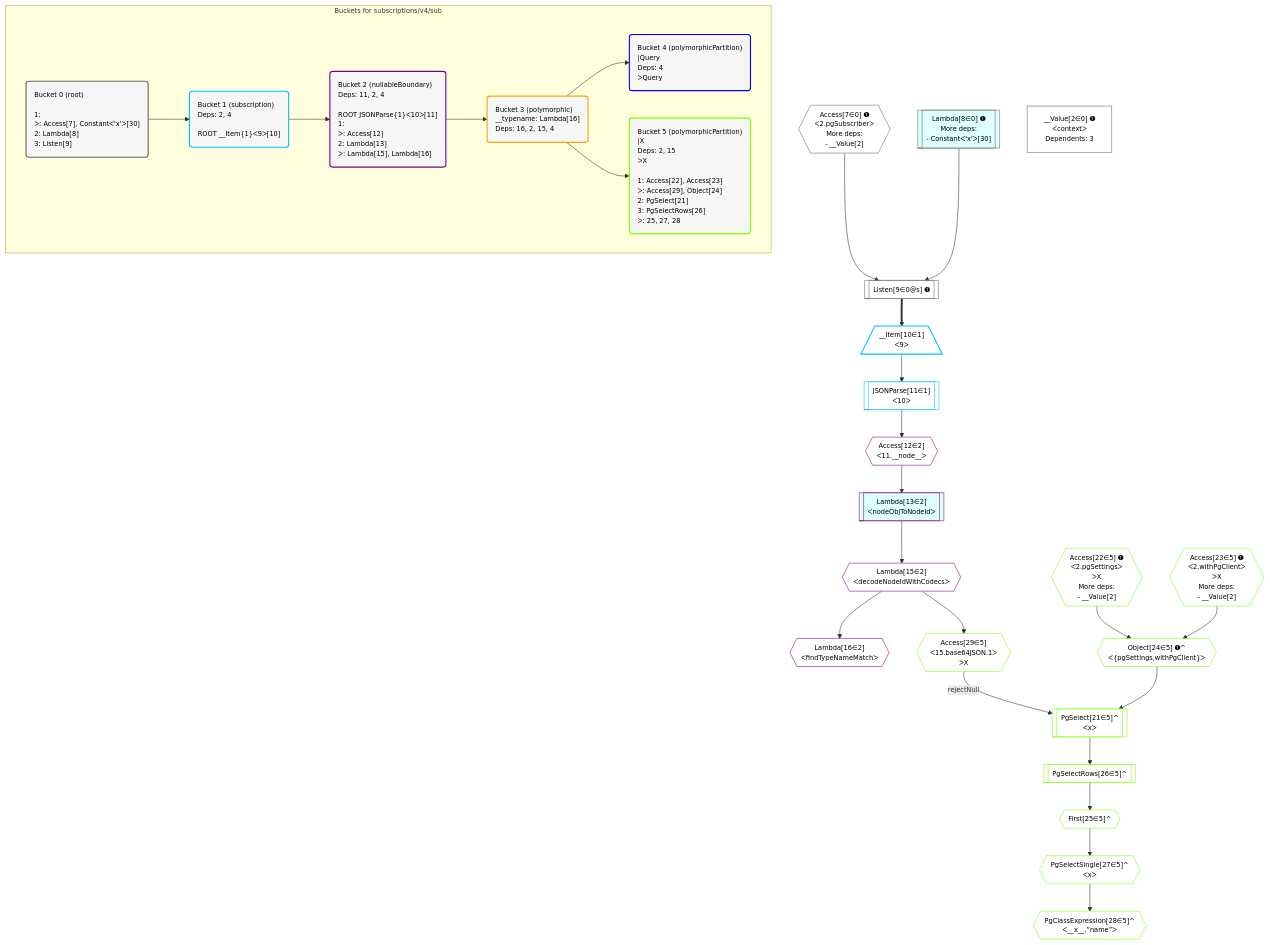
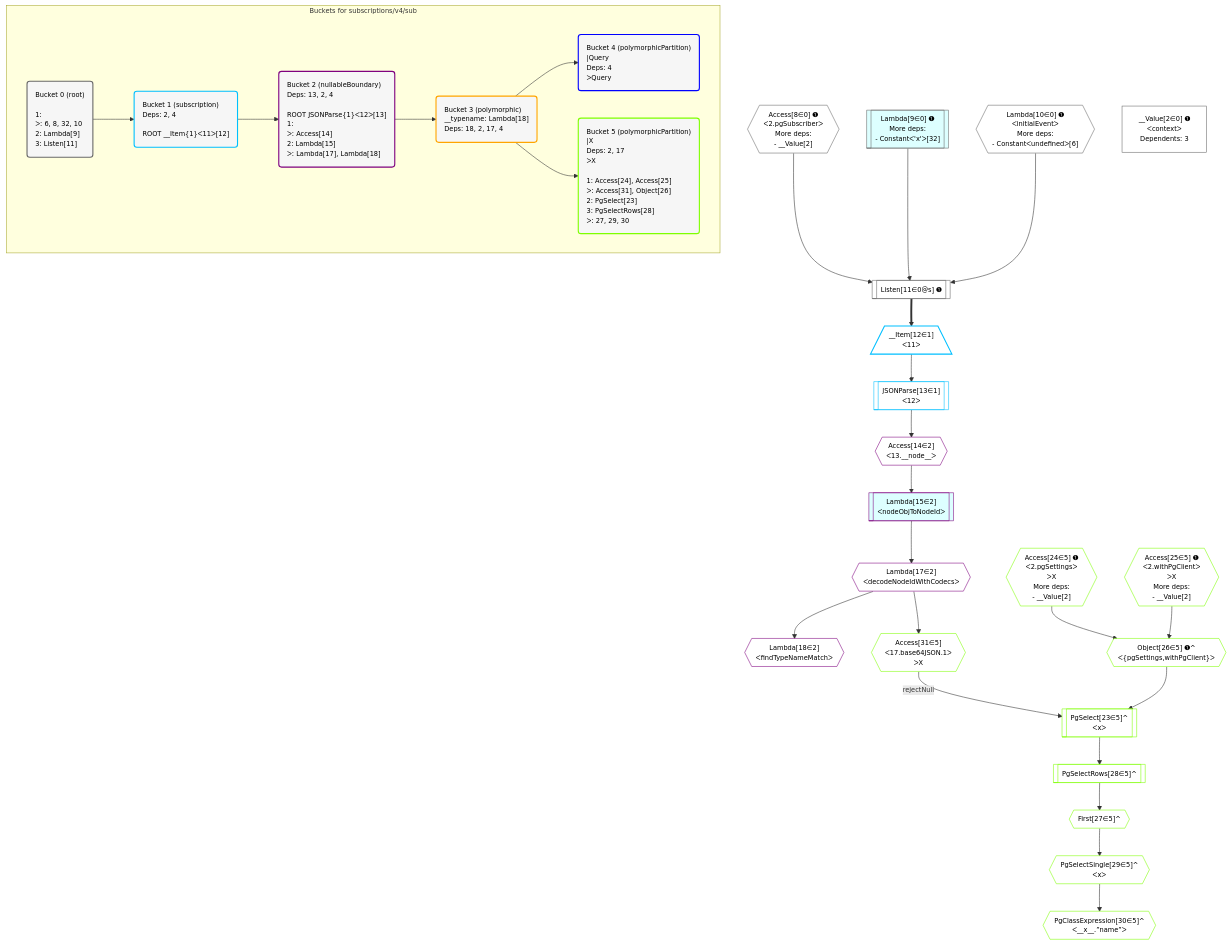
Before and after one commit to graphile/crystal: the diagram in postgraphile/postgraphile/__tests__/subscriptions/v4/sub.mermaid, drawn with Mermaid.

Commit message:
Update mermaid plan

```diff
--- a/postgraphile/postgraphile/__tests__/subscriptions/v4/sub.mermaid
+++ b/postgraphile/postgraphile/__tests__/subscriptions/v4/sub.mermaid
@@ -1,71 +1,72 @@
 %%{init: {'themeVariables': { 'fontSize': '12px'}}}%%
 graph TD
     classDef path fill:#eee,stroke:#000,color:#000
     classDef plan fill:#fff,stroke-width:1px,color:#000
     classDef itemplan fill:#fff,stroke-width:2px,color:#000
     classDef unbatchedplan fill:#dff,stroke-width:1px,color:#000
     classDef sideeffectplan fill:#fcc,stroke-width:2px,color:#000
     classDef bucket fill:#f6f6f6,color:#000,stroke-width:2px,text-align:left
 
     subgraph "Buckets for subscriptions/v4/sub"
-    Bucket0("Bucket 0 (root)<br /><br />1: <br />ᐳ: Access[7], Constantᐸ'x'ᐳ[30]<br />2: Lambda[8]<br />3: Listen[9]"):::bucket
-    Bucket1("Bucket 1 (subscription)<br />Deps: 2, 4<br /><br />ROOT __Item{1}ᐸ9ᐳ[10]"):::bucket
-    Bucket2("Bucket 2 (nullableBoundary)<br />Deps: 11, 2, 4<br /><br />ROOT JSONParse{1}ᐸ10ᐳ[11]<br />1: <br />ᐳ: Access[12]<br />2: Lambda[13]<br />ᐳ: Lambda[15], Lambda[16]"):::bucket
-    Bucket3("Bucket 3 (polymorphic)<br />__typename: Lambda[16]<br />Deps: 16, 2, 15, 4"):::bucket
+    Bucket0("Bucket 0 (root)<br /><br />1: <br />ᐳ: 6, 8, 32, 10<br />2: Lambda[9]<br />3: Listen[11]"):::bucket
+    Bucket1("Bucket 1 (subscription)<br />Deps: 2, 4<br /><br />ROOT __Item{1}ᐸ11ᐳ[12]"):::bucket
+    Bucket2("Bucket 2 (nullableBoundary)<br />Deps: 13, 2, 4<br /><br />ROOT JSONParse{1}ᐸ12ᐳ[13]<br />1: <br />ᐳ: Access[14]<br />2: Lambda[15]<br />ᐳ: Lambda[17], Lambda[18]"):::bucket
+    Bucket3("Bucket 3 (polymorphic)<br />__typename: Lambda[18]<br />Deps: 18, 2, 17, 4"):::bucket
     Bucket4("Bucket 4 (polymorphicPartition)<br />|Query<br />Deps: 4<br />ᐳQuery"):::bucket
-    Bucket5("Bucket 5 (polymorphicPartition)<br />|X<br />Deps: 2, 15<br />ᐳX<br /><br />1: Access[22], Access[23]<br />ᐳ: Access[29], Object[24]<br />2: PgSelect[21]<br />3: PgSelectRows[26]<br />ᐳ: 25, 27, 28"):::bucket
+    Bucket5("Bucket 5 (polymorphicPartition)<br />|X<br />Deps: 2, 17<br />ᐳX<br /><br />1: Access[24], Access[25]<br />ᐳ: Access[31], Object[26]<br />2: PgSelect[23]<br />3: PgSelectRows[28]<br />ᐳ: 27, 29, 30"):::bucket
     end
     Bucket0 --> Bucket1
     Bucket1 --> Bucket2
     Bucket2 --> Bucket3
     Bucket3 --> Bucket4 & Bucket5
 
     %% plan dependencies
-    Listen9[["Listen[9∈0@s] ➊"]]:::plan
-    Access7{{"Access[7∈0] ➊<br />ᐸ2.pgSubscriberᐳ<br />More deps:<br />- __Value[2]"}}:::plan
-    Lambda8[["Lambda[8∈0] ➊<br />More deps:<br />- Constantᐸ'x'ᐳ[30]"]]:::unbatchedplan
-    Access7 & Lambda8 --> Listen9
+    Listen11[["Listen[11∈0@s] ➊"]]:::plan
+    Access8{{"Access[8∈0] ➊<br />ᐸ2.pgSubscriberᐳ<br />More deps:<br />- __Value[2]"}}:::plan
+    Lambda9[["Lambda[9∈0] ➊<br />More deps:<br />- Constantᐸ'x'ᐳ[32]"]]:::unbatchedplan
+    Lambda10{{"Lambda[10∈0] ➊<br />ᐸinitialEventᐳ<br />More deps:<br />- Constantᐸundefinedᐳ[6]"}}:::plan
+    Access8 & Lambda9 & Lambda10 --> Listen11
     __Value2["__Value[2∈0] ➊<br />ᐸcontextᐳ<br />Dependents: 3"]:::plan
-    __Item10[/"__Item[10∈1]<br />ᐸ9ᐳ"\]:::itemplan
-    Listen9 ==> __Item10
-    JSONParse11[["JSONParse[11∈1]<br />ᐸ10ᐳ"]]:::plan
-    __Item10 --> JSONParse11
-    Access12{{"Access[12∈2]<br />ᐸ11.__node__ᐳ"}}:::plan
-    JSONParse11 --> Access12
-    Lambda13[["Lambda[13∈2]<br />ᐸnodeObjToNodeIdᐳ"]]:::unbatchedplan
-    Access12 --> Lambda13
-    Lambda15{{"Lambda[15∈2]<br />ᐸdecodeNodeIdWithCodecsᐳ"}}:::plan
-    Lambda13 --> Lambda15
-    Lambda16{{"Lambda[16∈2]<br />ᐸfindTypeNameMatchᐳ"}}:::plan
-    Lambda15 --> Lambda16
-    PgSelect21[["PgSelect[21∈5]^<br />ᐸxᐳ"]]:::plan
-    Object24{{"Object[24∈5] ➊^<br />ᐸ{pgSettings,withPgClient}ᐳ"}}:::plan
-    Access29{{"Access[29∈5]<br />ᐸ15.base64JSON.1ᐳ<br />ᐳX"}}:::plan
-    Access29 -->|rejectNull| PgSelect21
-    Object24 --> PgSelect21
-    Access22{{"Access[22∈5] ➊<br />ᐸ2.pgSettingsᐳ<br />ᐳX<br />More deps:<br />- __Value[2]"}}:::plan
-    Access23{{"Access[23∈5] ➊<br />ᐸ2.withPgClientᐳ<br />ᐳX<br />More deps:<br />- __Value[2]"}}:::plan
-    Access22 & Access23 --> Object24
-    First25{{"First[25∈5]^"}}:::plan
-    PgSelectRows26[["PgSelectRows[26∈5]^"]]:::plan
-    PgSelectRows26 --> First25
-    PgSelect21 --> PgSelectRows26
-    PgSelectSingle27{{"PgSelectSingle[27∈5]^<br />ᐸxᐳ"}}:::plan
-    First25 --> PgSelectSingle27
-    PgClassExpression28{{"PgClassExpression[28∈5]^<br />ᐸ__x__.”name”ᐳ"}}:::plan
-    PgSelectSingle27 --> PgClassExpression28
-    Lambda15 --> Access29
+    __Item12[/"__Item[12∈1]<br />ᐸ11ᐳ"\]:::itemplan
+    Listen11 ==> __Item12
+    JSONParse13[["JSONParse[13∈1]<br />ᐸ12ᐳ"]]:::plan
+    __Item12 --> JSONParse13
+    Access14{{"Access[14∈2]<br />ᐸ13.__node__ᐳ"}}:::plan
+    JSONParse13 --> Access14
+    Lambda15[["Lambda[15∈2]<br />ᐸnodeObjToNodeIdᐳ"]]:::unbatchedplan
+    Access14 --> Lambda15
+    Lambda17{{"Lambda[17∈2]<br />ᐸdecodeNodeIdWithCodecsᐳ"}}:::plan
+    Lambda15 --> Lambda17
+    Lambda18{{"Lambda[18∈2]<br />ᐸfindTypeNameMatchᐳ"}}:::plan
+    Lambda17 --> Lambda18
+    PgSelect23[["PgSelect[23∈5]^<br />ᐸxᐳ"]]:::plan
+    Object26{{"Object[26∈5] ➊^<br />ᐸ{pgSettings,withPgClient}ᐳ"}}:::plan
+    Access31{{"Access[31∈5]<br />ᐸ17.base64JSON.1ᐳ<br />ᐳX"}}:::plan
+    Access31 -->|rejectNull| PgSelect23
+    Object26 --> PgSelect23
+    Access24{{"Access[24∈5] ➊<br />ᐸ2.pgSettingsᐳ<br />ᐳX<br />More deps:<br />- __Value[2]"}}:::plan
+    Access25{{"Access[25∈5] ➊<br />ᐸ2.withPgClientᐳ<br />ᐳX<br />More deps:<br />- __Value[2]"}}:::plan
+    Access24 & Access25 --> Object26
+    First27{{"First[27∈5]^"}}:::plan
+    PgSelectRows28[["PgSelectRows[28∈5]^"]]:::plan
+    PgSelectRows28 --> First27
+    PgSelect23 --> PgSelectRows28
+    PgSelectSingle29{{"PgSelectSingle[29∈5]^<br />ᐸxᐳ"}}:::plan
+    First27 --> PgSelectSingle29
+    PgClassExpression30{{"PgClassExpression[30∈5]^<br />ᐸ__x__.”name”ᐳ"}}:::plan
+    PgSelectSingle29 --> PgClassExpression30
+    Lambda17 --> Access31
 
     %% define steps
     classDef bucket0 stroke:#696969
-    class Bucket0,__Value2,Access7,Lambda8,Listen9 bucket0
+    class Bucket0,__Value2,Access8,Lambda9,Lambda10,Listen11 bucket0
     classDef bucket1 stroke:#00bfff
-    class Bucket1,__Item10,JSONParse11 bucket1
+    class Bucket1,__Item12,JSONParse13 bucket1
     classDef bucket2 stroke:#7f007f
-    class Bucket2,Access12,Lambda13,Lambda15,Lambda16 bucket2
+    class Bucket2,Access14,Lambda15,Lambda17,Lambda18 bucket2
     classDef bucket3 stroke:#ffa500
     class Bucket3 bucket3
     classDef bucket4 stroke:#0000ff
     class Bucket4 bucket4
     classDef bucket5 stroke:#7fff00
-    class Bucket5,PgSelect21,Access22,Access23,Object24,First25,PgSelectRows26,PgSelectSingle27,PgClassExpression28,Access29 bucket5
+    class Bucket5,PgSelect23,Access24,Access25,Object26,First27,PgSelectRows28,PgSelectSingle29,PgClassExpression30,Access31 bucket5
```
